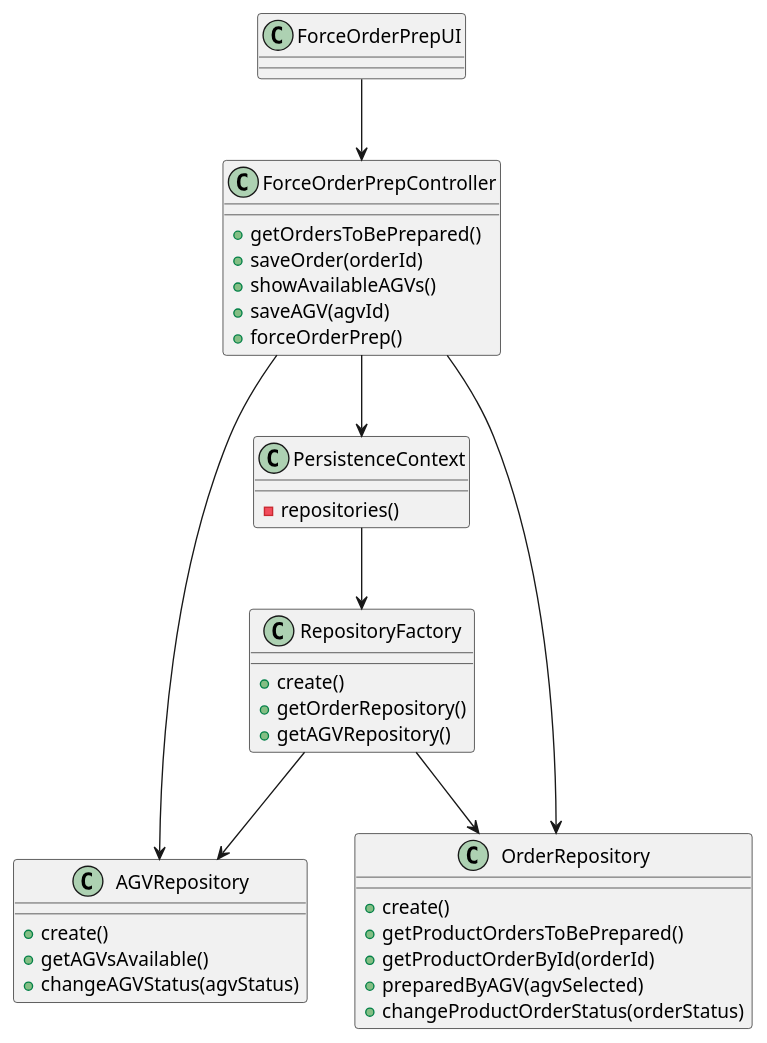
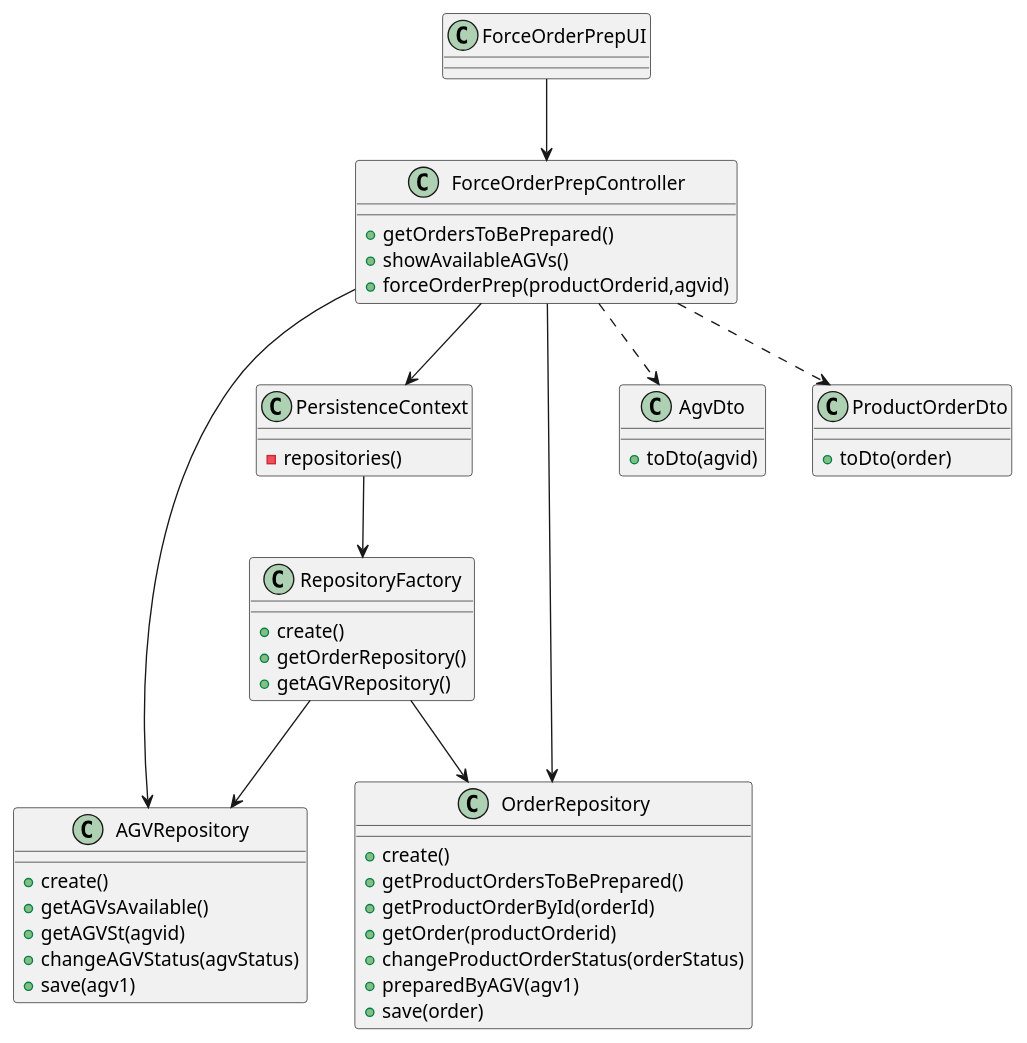
The diagram in docs/1201382/US2003/US2003_CD.puml (0franciscor/lei21_22_s4_2de_01), drawn with PlantUML before and after one commit. The commit also changed 1 other file, not shown here.

```diff
--- a/docs/1201382/US2003/US2003_CD.puml
+++ b/docs/1201382/US2003/US2003_CD.puml
@@ -1,63 +1,71 @@
 @startuml
 'https://plantuml.com/sequence-diagram
 
 class ForceOrderPrepUI
 class ForceOrderPrepController
 class PersistenceContext
 class RepositoryFactory
 
 
 class ForceOrderPrepUI{}
 
 class ForceOrderPrepController {
 +getOrdersToBePrepared()
-+saveOrder(orderId)
 +showAvailableAGVs()
-+saveAGV(agvId)
-+forceOrderPrep()
++forceOrderPrep(productOrderid,agvid)
 }
 
 
 class RepositoryFactory {
 + create()
 + getOrderRepository()
 + getAGVRepository()
 }
 
 class AGVRepository {
 + create()
 + getAGVsAvailable()
++ getAGVSt(agvid)
 + changeAGVStatus(agvStatus)
++ save(agv1)
 }
 
 class OrderRepository{
 + create()
 + getProductOrdersToBePrepared()
 + getProductOrderById(orderId)
-+ preparedByAGV(agvSelected)
++getOrder(productOrderid)
 + changeProductOrderStatus(orderStatus)
-
-
++ preparedByAGV(agv1)
++ save(order)
 }
-
 
 class PersistenceContext {
 - repositories()
 }
 
+class AgvDto{
++toDto(agvid)
+}
+
+class ProductOrderDto{
++toDto(order)
+}
 
 
 
 
 ForceOrderPrepUI --> ForceOrderPrepController
 ForceOrderPrepController --> PersistenceContext
 RepositoryFactory --> AGVRepository
 RepositoryFactory --> OrderRepository
 ForceOrderPrepController --> AGVRepository
 ForceOrderPrepController --> OrderRepository
 PersistenceContext --> RepositoryFactory
+ForceOrderPrepController ..> AgvDto
+ForceOrderPrepController ..> ProductOrderDto
 
 
 
 
 @enduml
```
